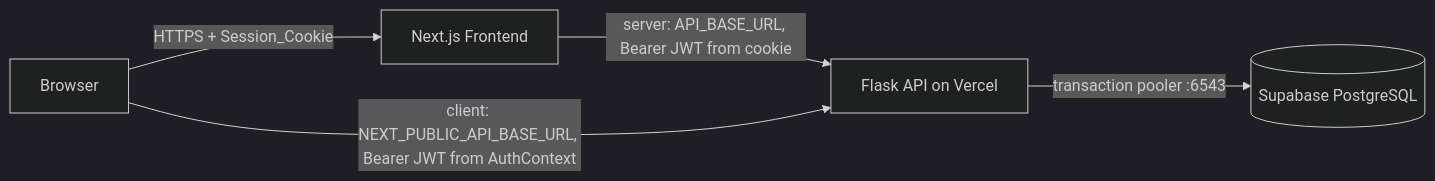
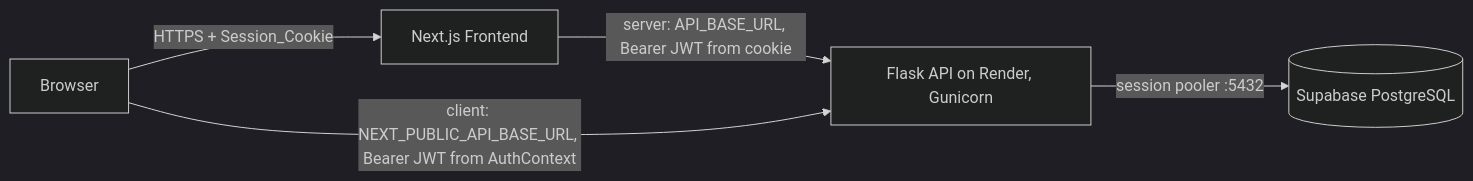
One commit to Revou-FSSE-Jun26/module-4-jimWilliam changed the diagram in .kiro/specs/revotask/design.md. Above: the diagram before and after it, drawn with Mermaid (dark theme). The commit also changed other lines of this file and 25 other files, not shown here.

First line of the commit message:
deploy: API on Render with Gunicorn, frontend stays on Vercel

````diff
--- a/.kiro/specs/revotask/design.md
+++ b/.kiro/specs/revotask/design.md
@@ -40,7 +40,7 @@
 ```mermaid
 flowchart LR
     Browser -->|HTTPS + Session_Cookie| Vercel[Next.js Frontend]
     Vercel -->|server: API_BASE_URL, Bearer JWT from cookie| API
-    Browser -->|client: NEXT_PUBLIC_API_BASE_URL, Bearer JWT from AuthContext| API[Flask API on Vercel]
-    API -->|transaction pooler :6543| DB[(Supabase PostgreSQL)]
+    Browser -->|client: NEXT_PUBLIC_API_BASE_URL, Bearer JWT from AuthContext| API[Flask API on Render, Gunicorn]
+    API -->|session pooler :5432| DB[(Supabase PostgreSQL)]
 ```
````
